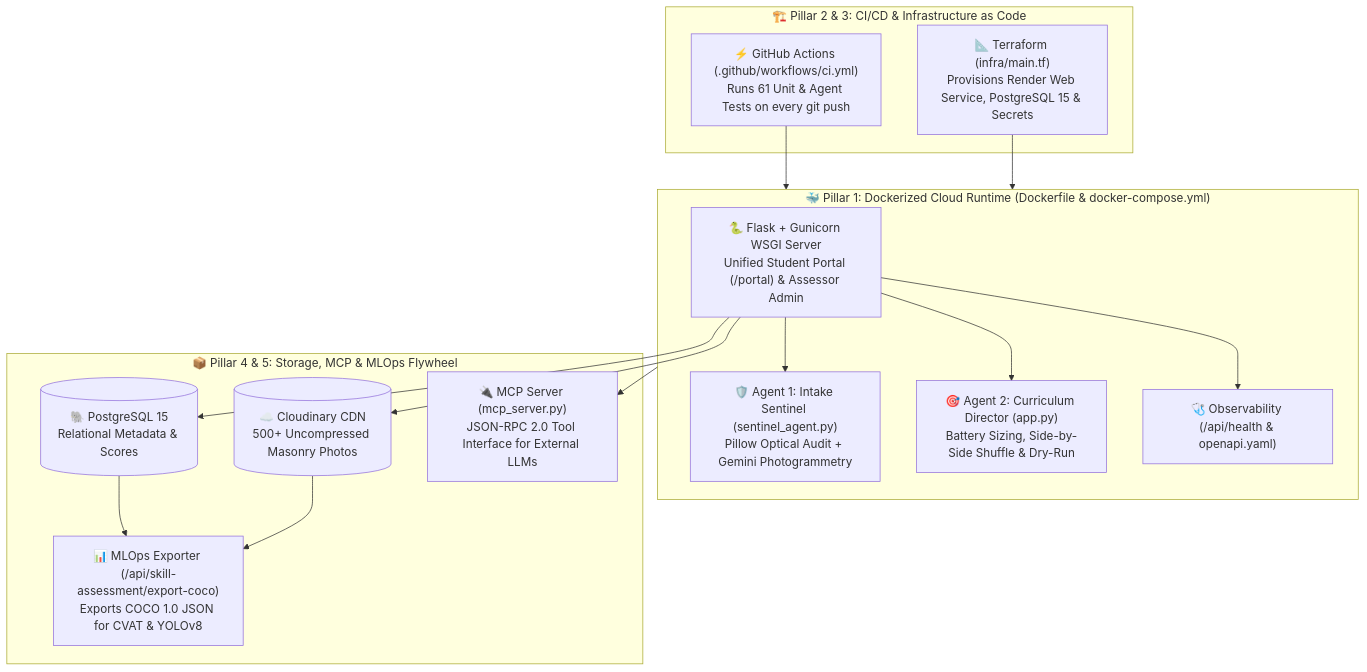
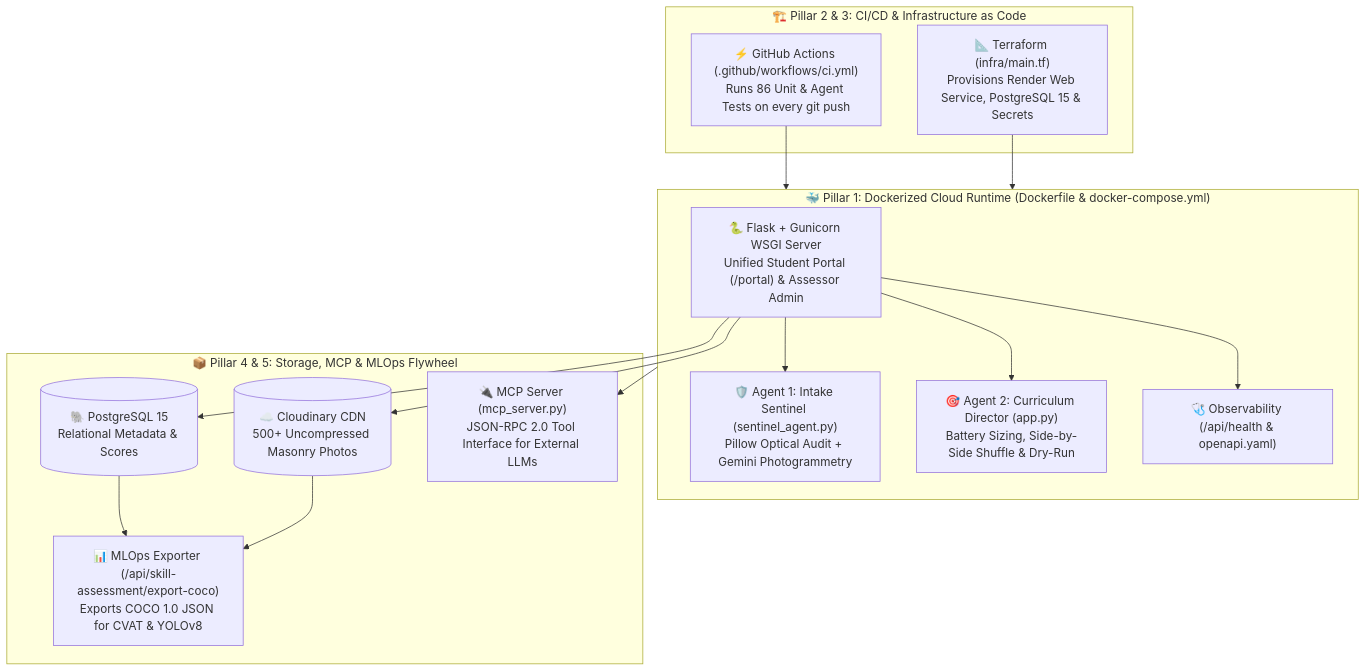
One commit to BBSISK/wall_inspector changed the diagram in INTERVIEW_ARCHITECTURE_GUIDE.md. Above: the diagram before and after it, drawn with Mermaid. The commit also changed 1 other file, not shown here.

Commit message:
docs: document 3-tier provenance model and update test count to 86

````diff
--- a/INTERVIEW_ARCHITECTURE_GUIDE.md
+++ b/INTERVIEW_ARCHITECTURE_GUIDE.md
@@ -9,32 +9,32 @@
 ```mermaid
 flowchart TB
     subgraph CI_IaC["🏗️ Pillar 2 & 3: CI/CD & Infrastructure as Code"]
-        GHA["⚡ GitHub Actions (.github/workflows/ci.yml)\nRuns 61 Unit & Agent Tests on every git push"]
+        GHA["⚡ GitHub Actions (.github/workflows/ci.yml)\nRuns 86 Unit & Agent Tests on every git push"]
         TF["📐 Terraform (infra/main.tf)\nProvisions Render Web Service, PostgreSQL 15 & Secrets"]
     end
 
     subgraph Runtime["🐳 Pillar 1: Dockerized Cloud Runtime (Dockerfile & docker-compose.yml)"]
         Web["🐍 Flask + Gunicorn WSGI Server\nUnified Student Portal (/portal) & Assessor Admin"]
         Sentinel["🛡️ Agent 1: Intake Sentinel (sentinel_agent.py)\nPillow Optical Audit + Gemini Photogrammetry"]
         Director["🎯 Agent 2: Curriculum Director (app.py)\nBattery Sizing, Side-by-Side Shuffle & Dry-Run"]
         Health["🩺 Observability (/api/health & openapi.yaml)"]
     end
 
     subgraph Data_MLOps["📦 Pillar 4 & 5: Storage, MCP & MLOps Flywheel"]
         PG[("🐘 PostgreSQL 15\nRelational Metadata & Scores")]
         CDN[("☁️ Cloudinary CDN\n500+ Uncompressed Masonry Photos")]
         COCO["📊 MLOps Exporter (/api/skill-assessment/export-coco)\nExports COCO 1.0 JSON for CVAT & YOLOv8"]
         MCP["🔌 MCP Server (mcp_server.py)\nJSON-RPC 2.0 Tool Interface for External LLMs"]
     end
 
     GHA --> Runtime
     TF --> Runtime
     Web --> Sentinel
     Web --> Director
     Web --> Health
     Web --> PG
     Web --> CDN
     PG --> COCO
     CDN --> COCO
     Runtime --> MCP
 ```
````
